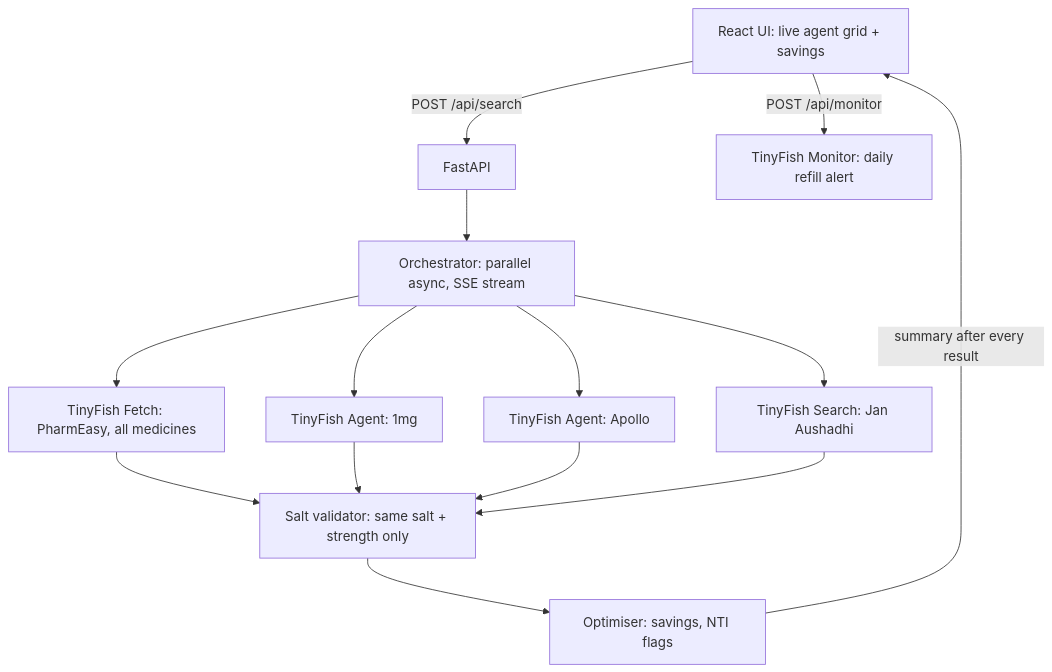
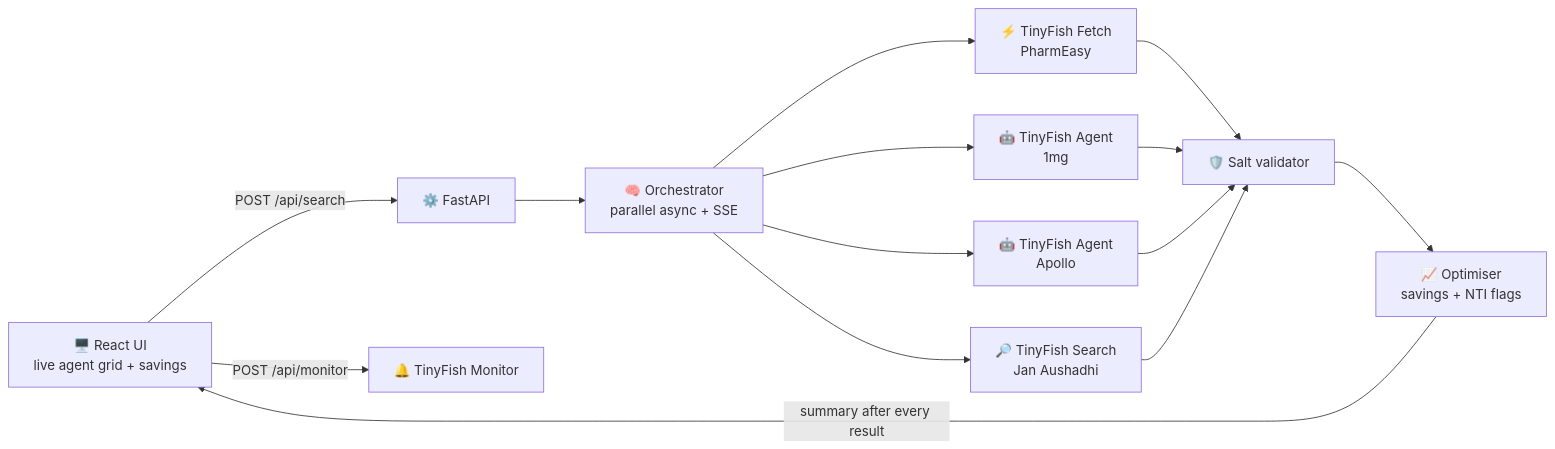
The diagram in README.md (FuncLexa/RxRadar), drawn with Mermaid before and after one commit. The commit also changed other lines of this file, not shown here.

````diff
--- a/README.md
+++ b/README.md
@@ -38,13 +68,16 @@
 ```mermaid
-flowchart TD
-    UI[React UI: live agent grid + savings] -->|POST /api/search| API[FastAPI]
-    API --> ORC[Orchestrator: parallel async, SSE stream]
-    ORC --> F[TinyFish Fetch: PharmEasy, all medicines]
-    ORC --> A1[TinyFish Agent: 1mg]
-    ORC --> A2[TinyFish Agent: Apollo]
-    ORC --> S[TinyFish Search: Jan Aushadhi]
-    F & A1 & A2 & S --> V[Salt validator: same salt + strength only]
-    V --> O[Optimiser: savings, NTI flags]
+flowchart LR
+    UI["🖥️ React UI<br/>live agent grid + savings"] -->|POST /api/search| API["⚙️ FastAPI"]
+    API --> ORC["🧠 Orchestrator<br/>parallel async + SSE"]
+    ORC --> F["⚡ TinyFish Fetch<br/>PharmEasy"]
+    ORC --> A1["🤖 TinyFish Agent<br/>1mg"]
+    ORC --> A2["🤖 TinyFish Agent<br/>Apollo"]
+    ORC --> S["🔎 TinyFish Search<br/>Jan Aushadhi"]
+    F --> V["🛡️ Salt validator"]
+    A1 --> V
+    A2 --> V
+    S --> V
+    V --> O["📈 Optimiser<br/>savings + NTI flags"]
     O -->|summary after every result| UI
-    UI -->|POST /api/monitor| M[TinyFish Monitor: daily refill alert]
+    UI -->|POST /api/monitor| M["🔔 TinyFish Monitor"]
 ```
````
